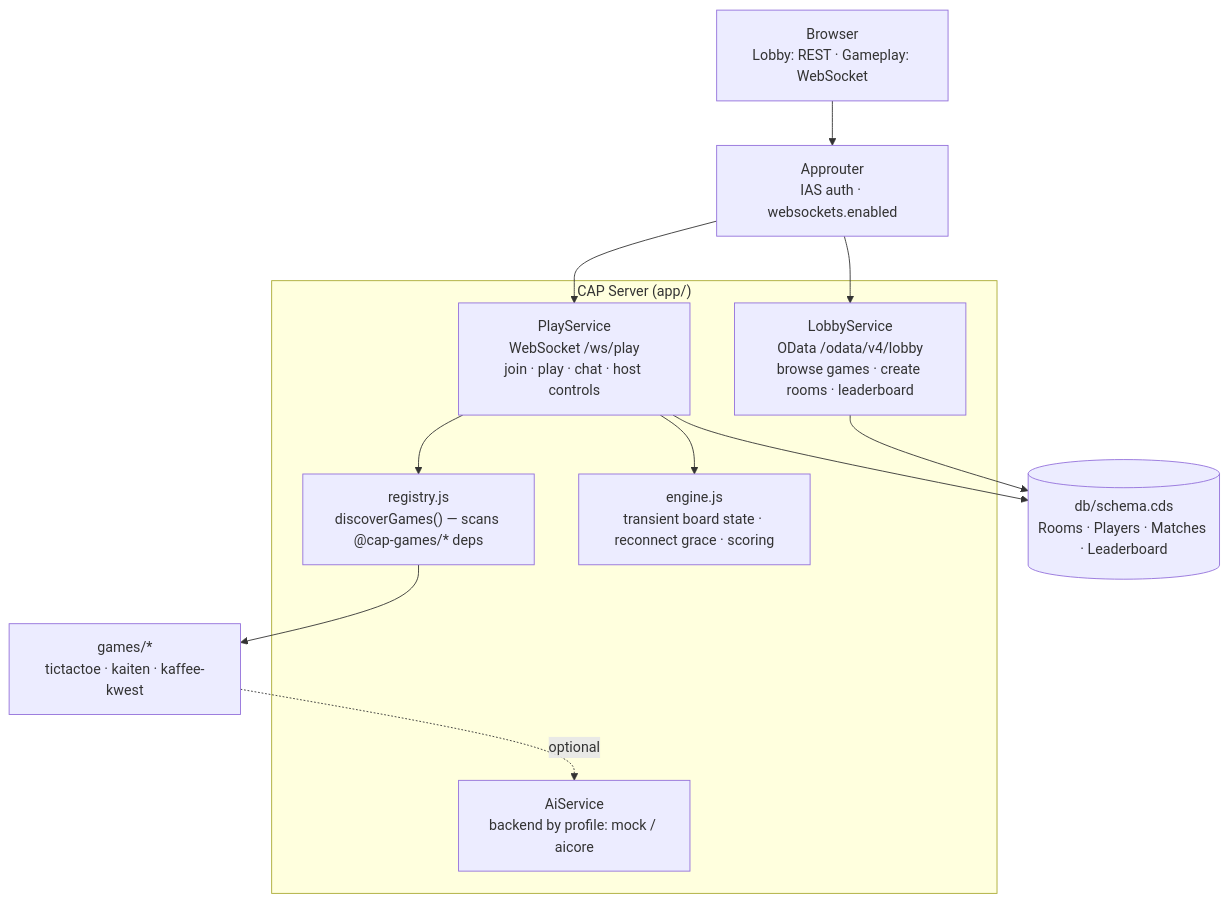
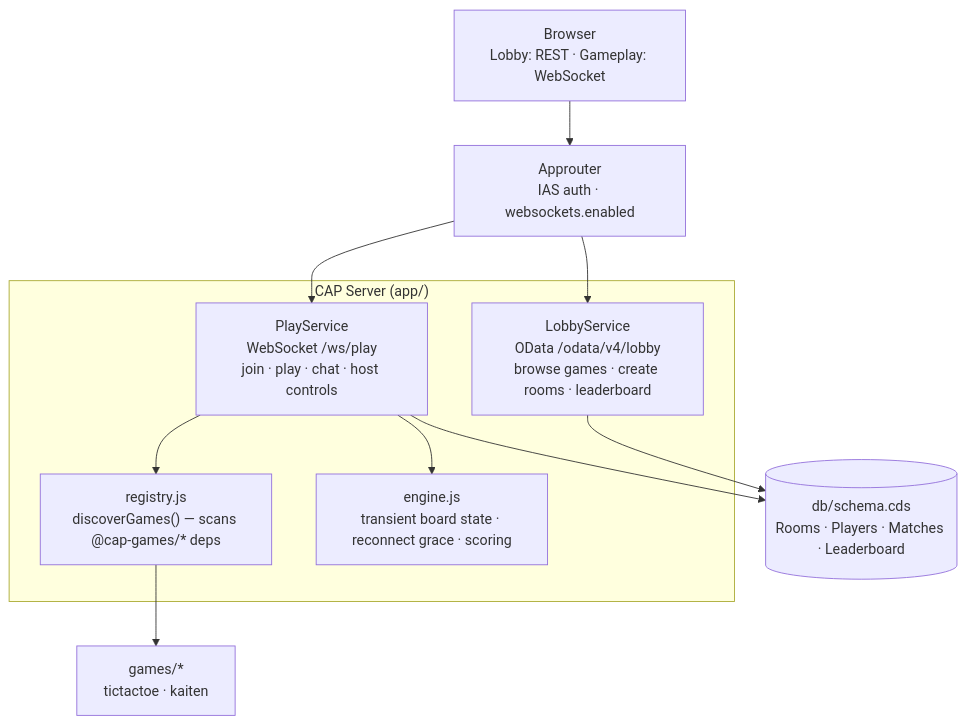
The diagram in README.md (TruLov/cap-games), drawn with Mermaid before and after one commit. The commit also changed other lines of this file and 33 other files, not shown here.

First line of the commit message:
refactor(platform): extract kaffee-kwest and the AI connector to feat/kaffee-kwest-extracted

````diff
--- a/README.md
+++ b/README.md
@@ -12,26 +12,24 @@
 ```mermaid
 flowchart TB
     Browser["Browser<br/>Lobby: REST · Gameplay: WebSocket"]
     Approuter["Approuter<br/>IAS auth · websockets.enabled"]
 
     subgraph CAP["CAP Server (app/)"]
         Lobby["LobbyService<br/>OData /odata/v4/lobby<br/>browse games · create rooms · leaderboard"]
         Play["PlayService<br/>WebSocket /ws/play<br/>join · play · chat · host controls"]
         Registry["registry.js<br/>discoverGames() — scans @cap-games/* deps"]
         Engine["engine.js<br/>transient board state · reconnect grace · scoring"]
-        Ai["AiService<br/>backend by profile: mock / aicore"]
     end
 
     DB[("db/schema.cds<br/>Rooms · Players · Matches · Leaderboard")]
-    Games["games/*<br/>tictactoe · kaiten · kaffee-kwest"]
+    Games["games/*<br/>tictactoe · kaiten"]
 
     Browser --> Approuter
     Approuter --> Lobby
     Approuter --> Play
     Lobby --> DB
     Play --> Engine
     Play --> Registry
     Play --> DB
     Registry --> Games
-    Games -. optional .-> Ai
 ```
````
